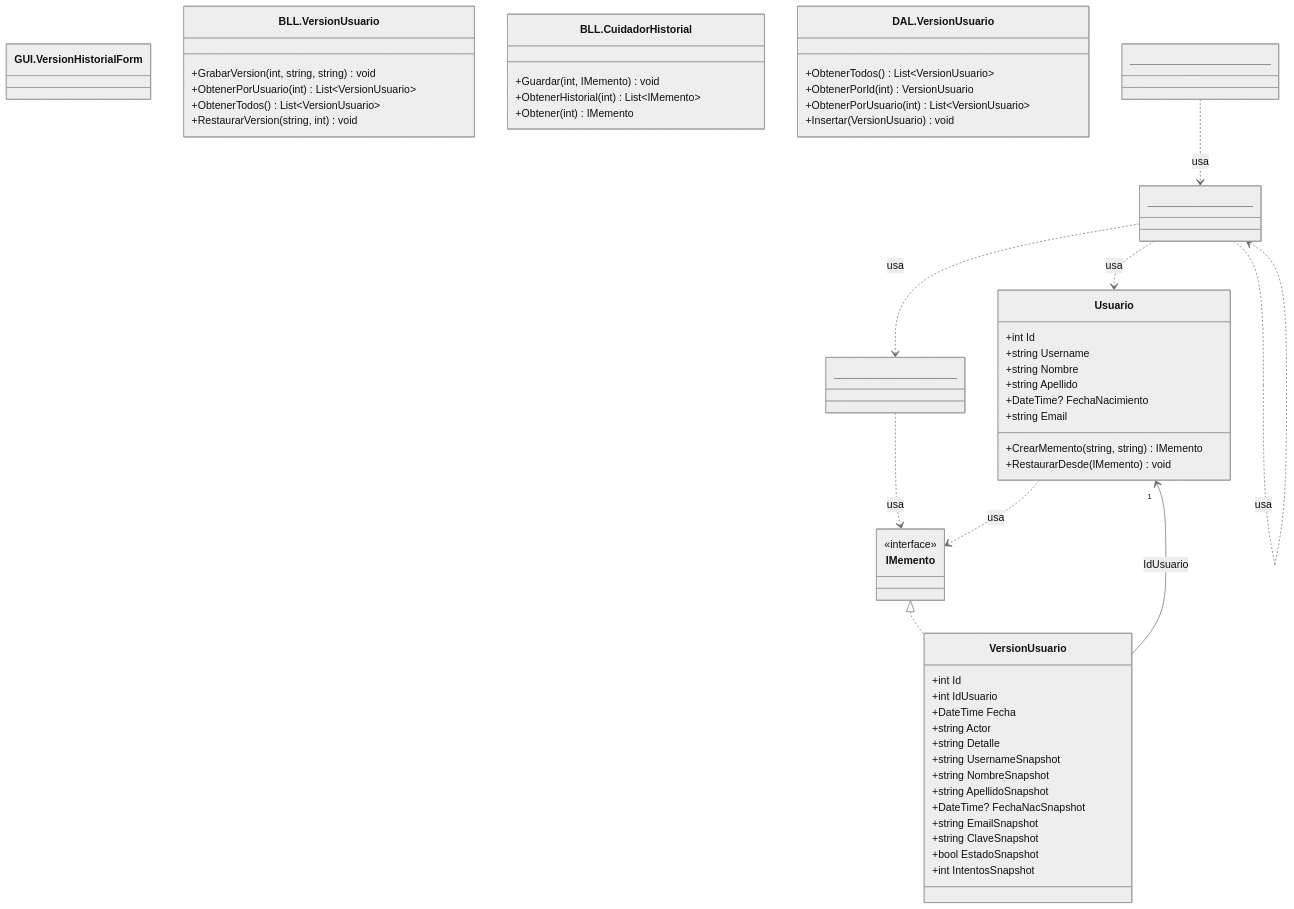
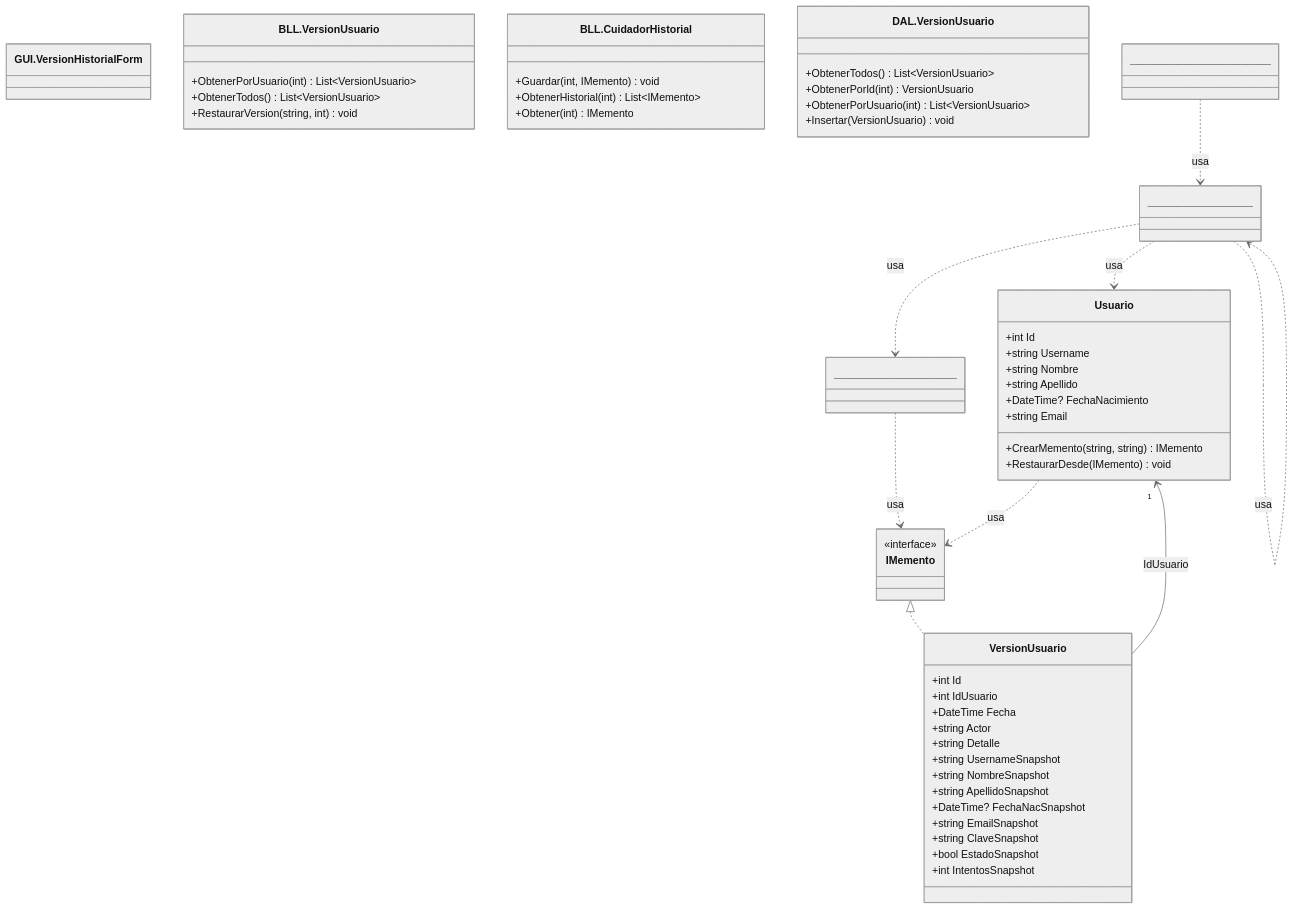
The diagram in docs/diagramas/mermaid/CLASES_T06b_control_cambios.mmd (valentinamorana/Trabajo-de-Diploma), drawn with Mermaid (neutral theme) before and after one commit. The commit also changed 40 other files, not shown here.

```diff
--- a/docs/diagramas/mermaid/CLASES_T06b_control_cambios.mmd
+++ b/docs/diagramas/mermaid/CLASES_T06b_control_cambios.mmd
@@ -1,57 +1,56 @@
 classDiagram
   direction TB
   class GUI_VersionHistorialForm["GUI.VersionHistorialForm"] {
   }
   class BLL_VersionUsuario["BLL.VersionUsuario"] {
-    +GrabarVersion(int,  string,  string) void
     +ObtenerPorUsuario(int) List~VersionUsuario~
     +ObtenerTodos() List~VersionUsuario~
     +RestaurarVersion(string,  int) void
   }
   class BLL_CuidadorHistorial["BLL.CuidadorHistorial"] {
     +Guardar(int,  IMemento) void
     +ObtenerHistorial(int) List~IMemento~
     +Obtener(int) IMemento
   }
   class Usuario {
     +int Id
     +string Username
     +string Nombre
     +string Apellido
     +DateTime? FechaNacimiento
     +string Email
     +CrearMemento(string,  string) IMemento
     +RestaurarDesde(IMemento) void
   }
   class VersionUsuario {
     +int Id
     +int IdUsuario
     +DateTime Fecha
     +string Actor
     +string Detalle
     +string UsernameSnapshot
     +string NombreSnapshot
     +string ApellidoSnapshot
     +DateTime? FechaNacSnapshot
     +string EmailSnapshot
     +string ClaveSnapshot
     +bool EstadoSnapshot
     +int IntentosSnapshot
   }
   class IMemento {
     <<interface>>
   }
   class DAL_VersionUsuario["DAL.VersionUsuario"] {
     +ObtenerTodos() List~VersionUsuario~
     +ObtenerPorId(int) VersionUsuario
     +ObtenerPorUsuario(int) List~VersionUsuario~
     +Insertar(VersionUsuario) void
   }
   IMemento <|.. VersionUsuario
   VersionUsuario --> "1" Usuario : IdUsuario
   ________________________ ..> __________________ : usa
   __________________ ..> _____________________ : usa
   __________________ ..> Usuario : usa
   __________________ ..> __________________ : usa
   _____________________ ..> IMemento : usa
   Usuario ..> IMemento : usa
```
